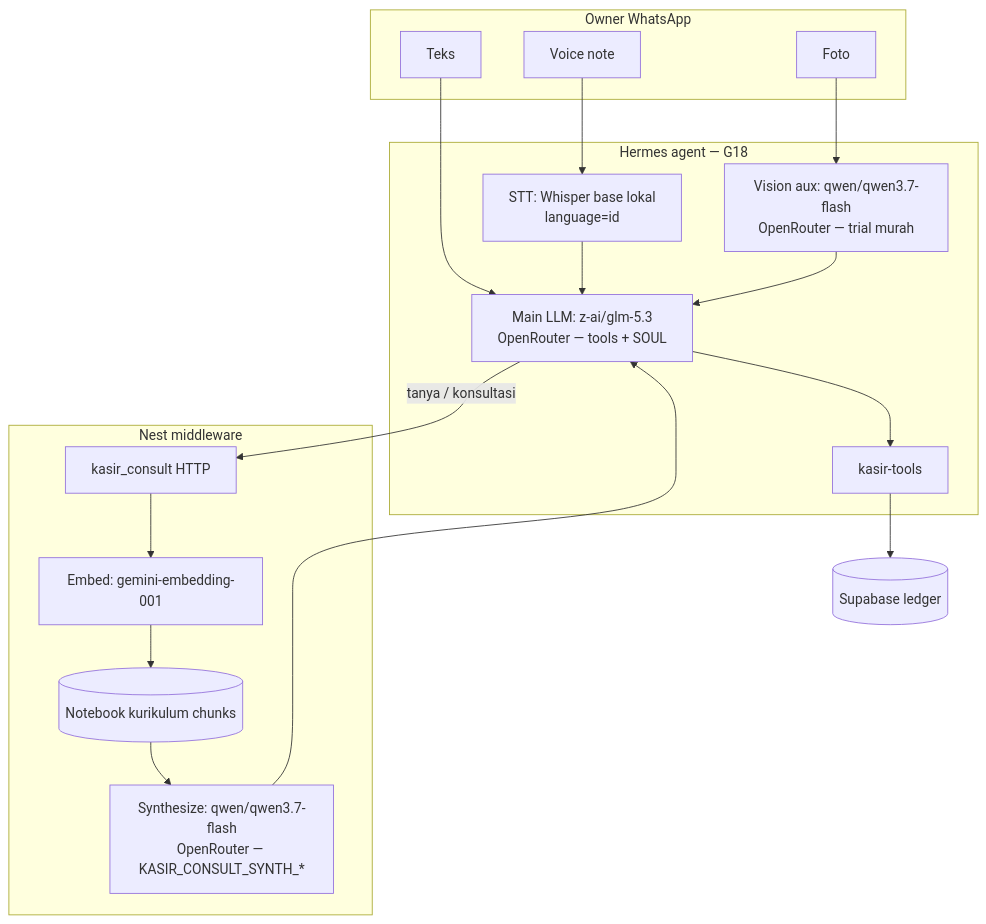
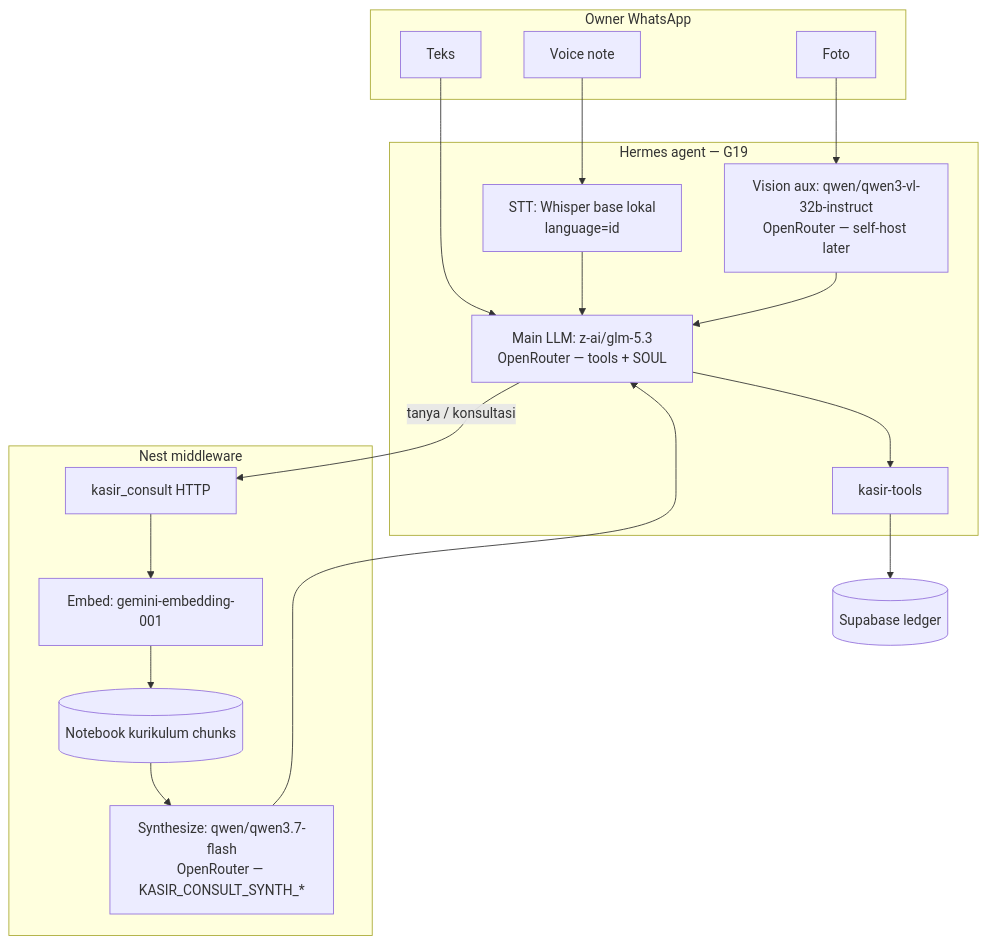
Before and after one commit to nusantarasoft/juragan-aibuilder-cup: the diagram in diagrams/aistudio/umkm-wa/system/L10-model-stack.mmd, drawn with Mermaid. The commit also changed 11 other files, not shown here.

First line of the commit message:
feat(kasir): lock Hermes vision to Qwen3-VL 32B

```diff
--- a/diagrams/aistudio/umkm-wa/system/L10-model-stack.mmd
+++ b/diagrams/aistudio/umkm-wa/system/L10-model-stack.mmd
@@ -1,32 +1,32 @@
 %% System L10: model stack — which LLM/STT does which job (eng/ops)
 %% Sales-facing flows stay on L0*; this chart is cost/lock reference
 flowchart TB
   subgraph WA[Owner WhatsApp]
     T[Teks]
     V[Voice note]
     P[Foto]
   end
 
-  subgraph Hermes[Hermes agent — G18]
+  subgraph Hermes[Hermes agent — G19]
     STT[STT: Whisper base lokal<br/>language=id]
-    VIS[Vision aux: qwen/qwen3.7-flash<br/>OpenRouter — trial murah]
+    VIS[Vision aux: qwen/qwen3-vl-32b-instruct<br/>OpenRouter — self-host later]
     MAIN[Main LLM: z-ai/glm-5.3<br/>OpenRouter — tools + SOUL]
     TOOLS[kasir-tools]
   end
 
   subgraph Nest[Nest middleware]
     CONS[kasir_consult HTTP]
     EMB[Embed: gemini-embedding-001]
     SYN[Synthesize: qwen/qwen3.7-flash<br/>OpenRouter — KASIR_CONSULT_SYNTH_*]
     NB[(Notebook kurikulum chunks)]
   end
 
   T --> MAIN
   V --> STT --> MAIN
   P --> VIS --> MAIN
   MAIN --> TOOLS
   MAIN -->|tanya / konsultasi| CONS
   CONS --> EMB --> NB
   NB --> SYN
   SYN --> MAIN
   TOOLS --> DB[(Supabase ledger)]
```
